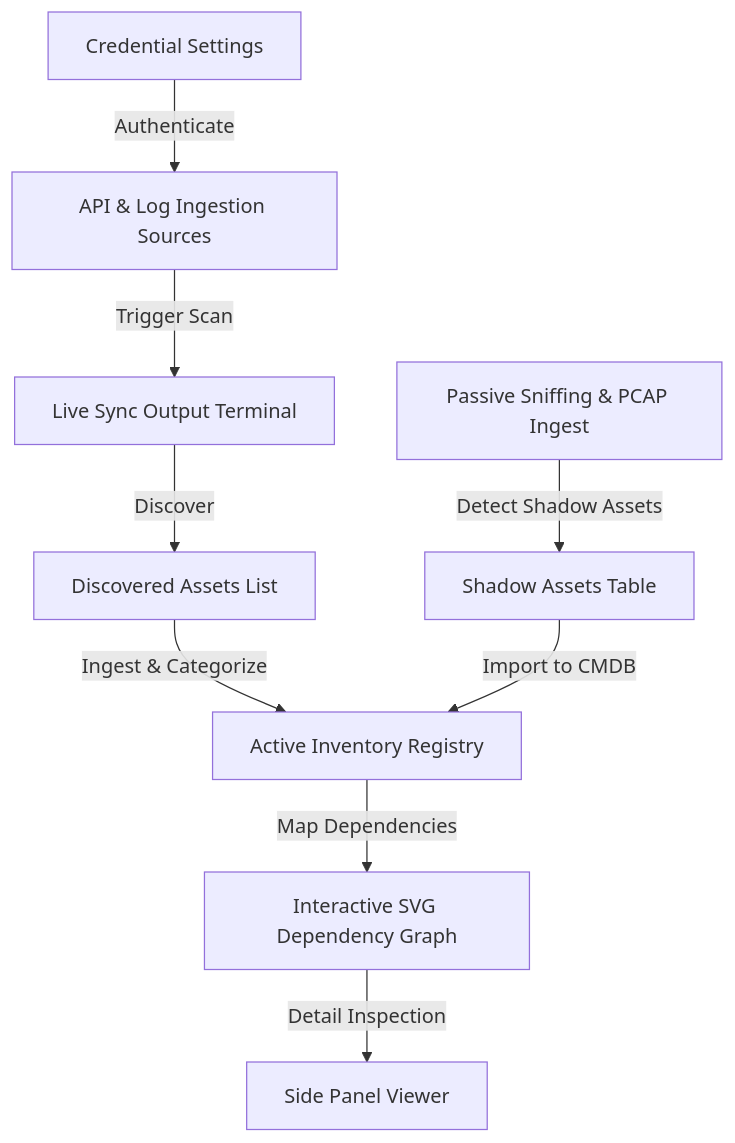
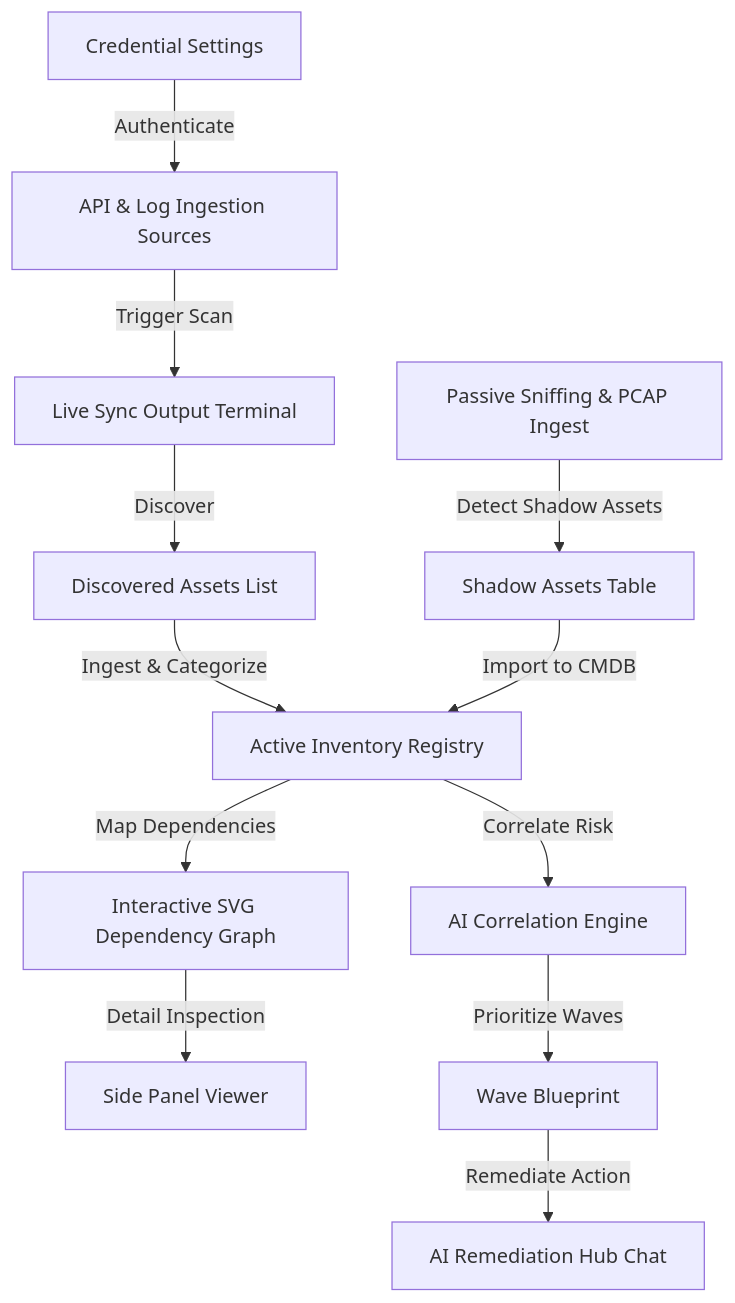
One commit to spinovation/Quantum-RAP changed the diagram in crypto_cmdb_user_guide.md. Above: the diagram before and after it, drawn with Mermaid. The commit also changed other lines of this file and 6 other files, not shown here.

Commit message:
feat(cmdb): integrate AI Correlation Engine as a sub-tab inside Crypto CMDB after Passive Discovery

````diff
--- a/crypto_cmdb_user_guide.md
+++ b/crypto_cmdb_user_guide.md
@@ -13,11 +13,14 @@
 ```mermaid
 graph TD
     A[Credential Settings] -->|Authenticate| B[API & Log Ingestion Sources]
     B -->|Trigger Scan| C[Live Sync Output Terminal]
     C -->|Discover| D[Discovered Assets List]
     D -->|Ingest & Categorize| E[Active Inventory Registry]
     E -->|Map Dependencies| F[Interactive SVG Dependency Graph]
     F -->|Detail Inspection| G[Side Panel Viewer]
     H[Passive Sniffing & PCAP Ingest] -->|Detect Shadow Assets| I[Shadow Assets Table]
     I -->|Import to CMDB| E
+    E -->|Correlate Risk| J[AI Correlation Engine]
+    J -->|Prioritize Waves| K[Wave Blueprint]
+    K -->|Remediate Action| L[AI Remediation Hub Chat]
 ```
````
